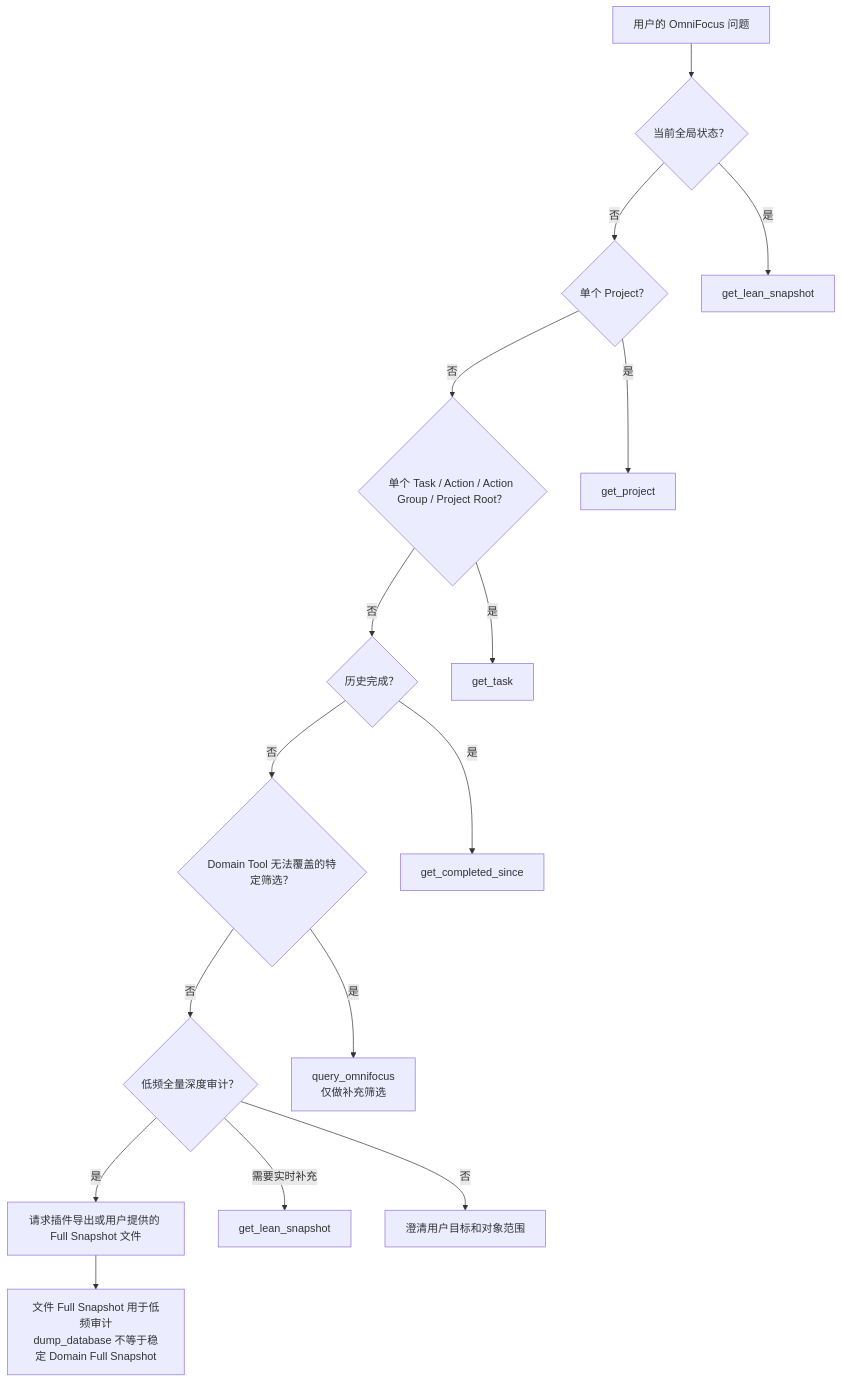
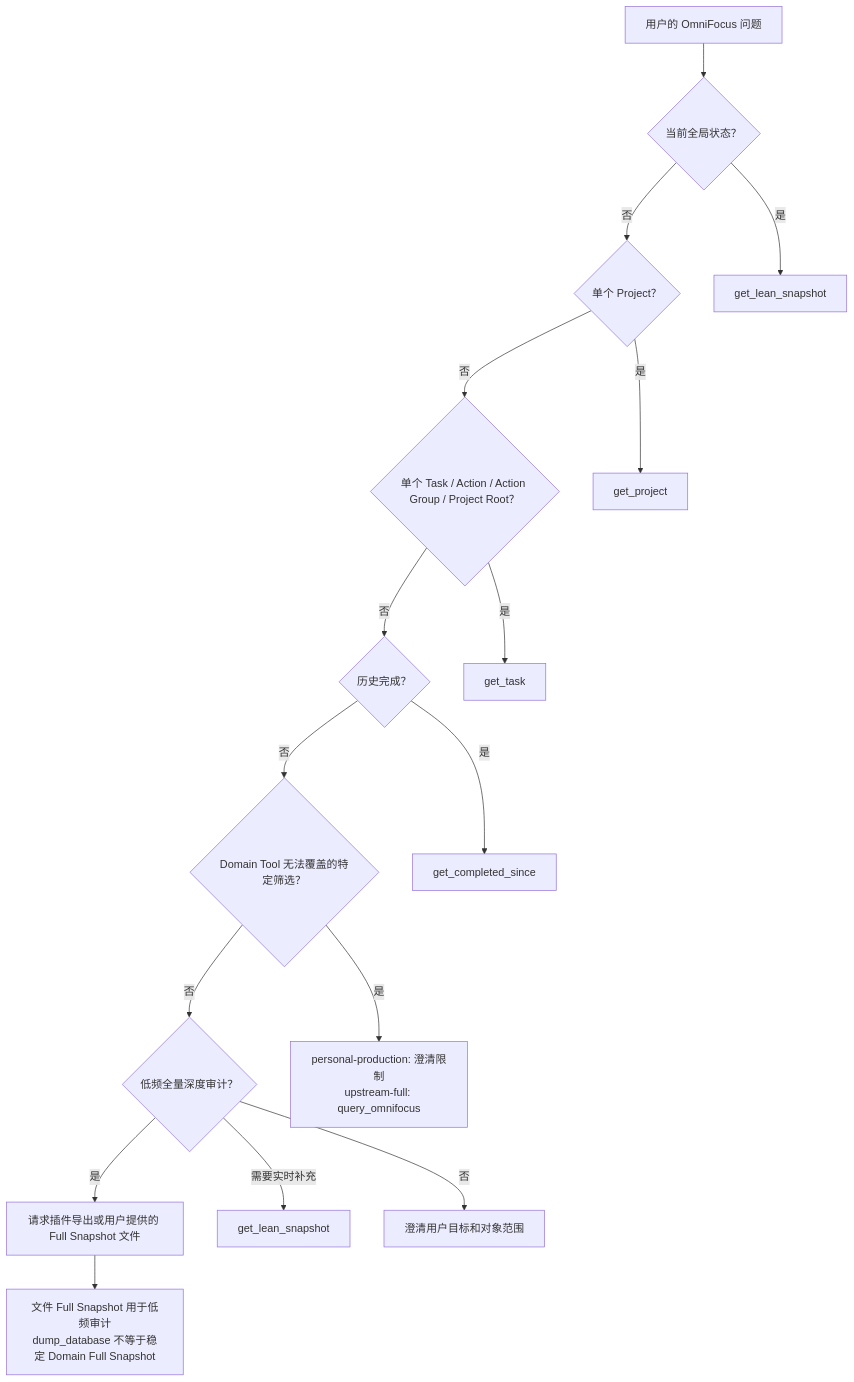
Before and after one commit to GlassyWorld/Omnifocus-Agent-MCP: the diagram in docs/integration/GPT_TOOL_USAGE_GUIDE.md, drawn with Mermaid. The commit also changed other lines of this file and 2 other files, not shown here.

````diff
--- a/docs/integration/GPT_TOOL_USAGE_GUIDE.md
+++ b/docs/integration/GPT_TOOL_USAGE_GUIDE.md
@@ -235,27 +239,27 @@
 ```mermaid
 flowchart TD
     Q["用户的 OmniFocus 问题"]
     GLOBAL{"当前全局状态？"}
     PROJECT{"单个 Project？"}
     TASK{"单个 Task / Action / Action Group / Project Root？"}
     HISTORY{"历史完成？"}
     FILTER{"Domain Tool 无法覆盖的特定筛选？"}
     AUDIT{"低频全量深度审计？"}
 
     Q --> GLOBAL
     GLOBAL -->|是| SNAP["get_lean_snapshot"]
     GLOBAL -->|否| PROJECT
     PROJECT -->|是| GP["get_project"]
     PROJECT -->|否| TASK
     TASK -->|是| GT["get_task"]
     TASK -->|否| HISTORY
     HISTORY -->|是| GC["get_completed_since"]
     HISTORY -->|否| FILTER
-    FILTER -->|是| GQ["query_omnifocus<br/>仅做补充筛选"]
+    FILTER -->|是| GQ["personal-production: 澄清限制<br/>upstream-full: query_omnifocus"]
     FILTER -->|否| AUDIT
     AUDIT -->|是| FILE["请求插件导出或用户提供的 Full Snapshot 文件"]
     AUDIT -->|需要实时补充| SNAP2["get_lean_snapshot"]
     AUDIT -->|否| CLARIFY["澄清用户目标和对象范围"]
 
     FILE --> NOTE["文件 Full Snapshot 用于低频审计<br/>dump_database 不等于稳定 Domain Full Snapshot"]
 ```
````
